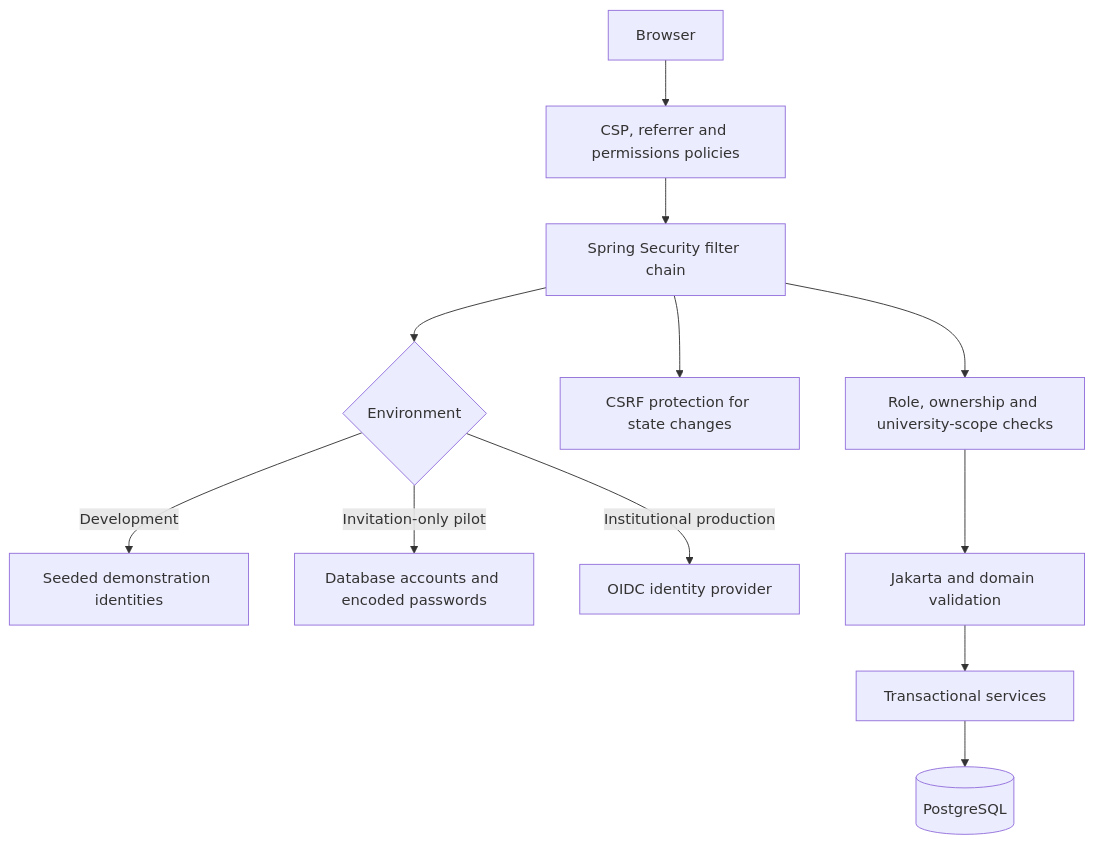
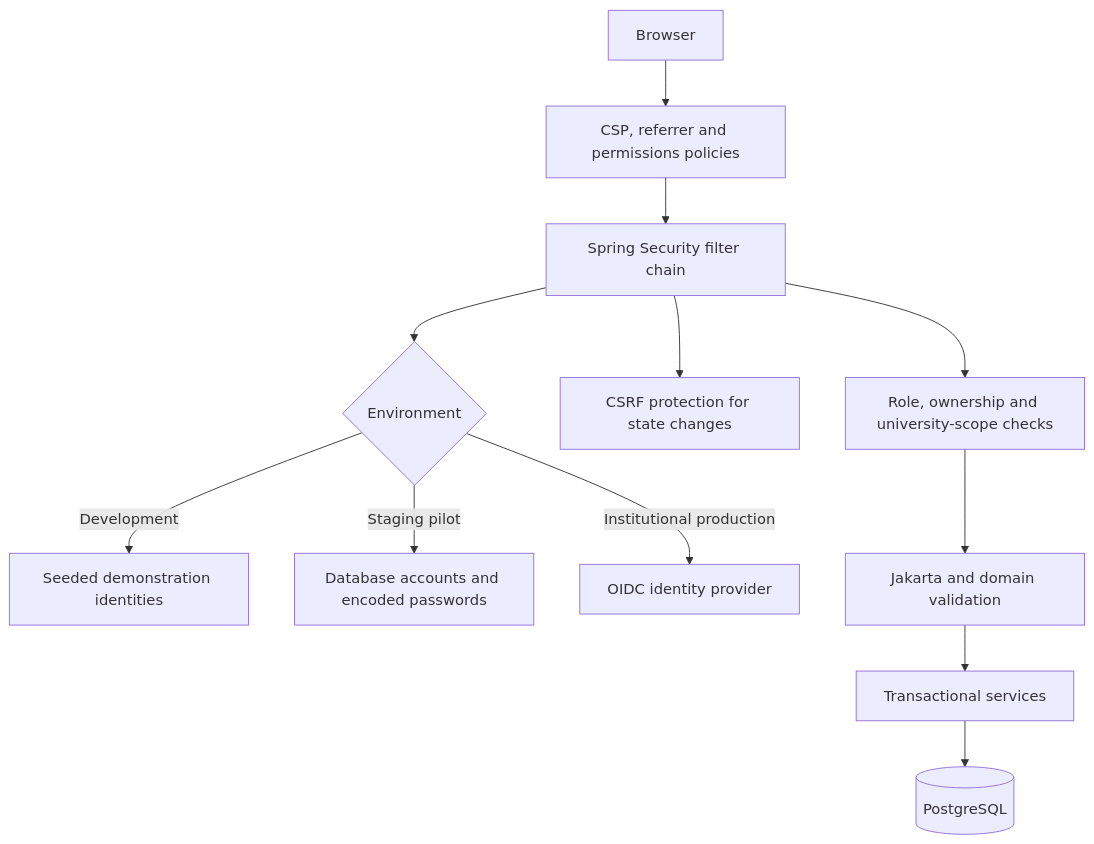
Before and after one commit to ositamichael/Production-project-final-year: the fifth of 5 diagrams in docs/assessment/architecture-evidence.md, drawn with Mermaid. The commit also changed 9 other files, not shown here.

````diff
--- a/docs/assessment/architecture-evidence.md
+++ b/docs/assessment/architecture-evidence.md
@@ -95,14 +95,14 @@
 ```mermaid
 flowchart TD
     Browser --> Headers[CSP, referrer and permissions policies]
     Headers --> Security[Spring Security filter chain]
     Security --> Auth{Environment}
     Auth -->|Development| Demo[Seeded demonstration identities]
-    Auth -->|Invitation-only pilot| Pilot[Database accounts and encoded passwords]
+    Auth -->|Staging pilot| Pilot[Database accounts and encoded passwords]
     Auth -->|Institutional production| OIDC[OIDC identity provider]
     Security --> CSRF[CSRF protection for state changes]
     Security --> Access[Role, ownership and university-scope checks]
     Access --> Validation[Jakarta and domain validation]
     Validation --> Service[Transactional services]
     Service --> Database[(PostgreSQL)]
 ```
````
